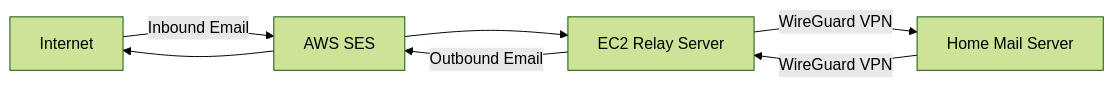
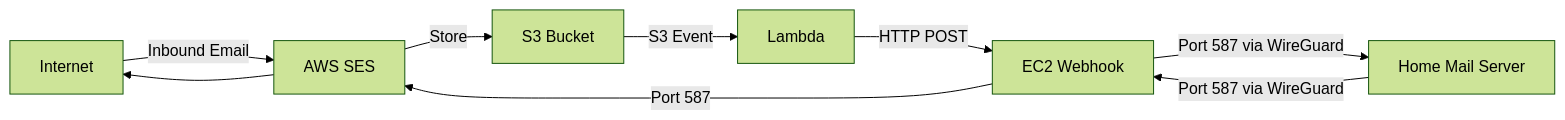
Before and after one commit to VishalCS32/aws-ses_mail_server: the diagram in implementation_guide.md, drawn with Mermaid (forest theme). The commit also changed other lines of this file, not shown here.

````diff
--- a/implementation_guide.md
+++ b/implementation_guide.md
@@ -7,9 +22,11 @@
 ```mermaid
 graph LR
     A[Internet] -->|Inbound Email| B[AWS SES]
-    B --> C[EC2 Relay Server]
-    C -->|WireGuard VPN| D[Home Mail Server]
-    D -->|WireGuard VPN| C
-    C -->|Outbound Email| B
+    B -->|Store| C[S3 Bucket]
+    C -->|S3 Event| D[Lambda]
+    D -->|HTTP POST| E[EC2 Webhook]
+    E -->|Port 587 via WireGuard| F[Home Mail Server]
+    F -->|Port 587 via WireGuard| E
+    E -->|Port 587| B
     B --> A
 ```
````
